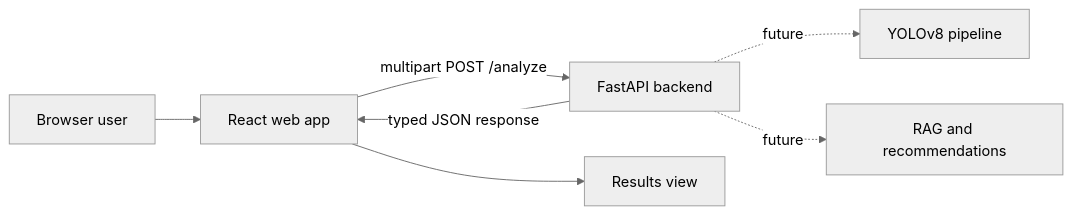
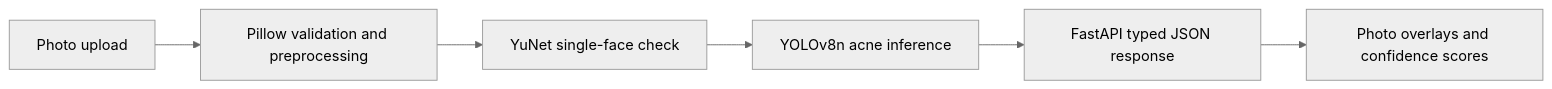
The diagram in README.md (theotanjutco/glowli), drawn with Mermaid (neutral theme) before and after one commit. The commit also changed other lines of this file, not shown here.

Commit message:
Document acne prototype setup and current limitations

````diff
--- a/README.md
+++ b/README.md
@@ -23,10 +23,8 @@
 ```mermaid
 flowchart LR
-    U[Browser user] --> W[React web app]
-    W -->|multipart POST /analyze| API[FastAPI backend]
-    API -->|typed JSON response| W
-    W --> R[Results view]
-
-    API -. future .-> CV[YOLOv8 pipeline]
-    API -. future .-> RAG[RAG and recommendations]
+    A[Photo upload] --> B[Pillow validation and preprocessing]
+    B --> C[YuNet single-face check]
+    C --> D[YOLOv8n acne inference]
+    D --> E[FastAPI typed JSON response]
+    E --> F[Photo overlays and confidence scores]
 ```
````
